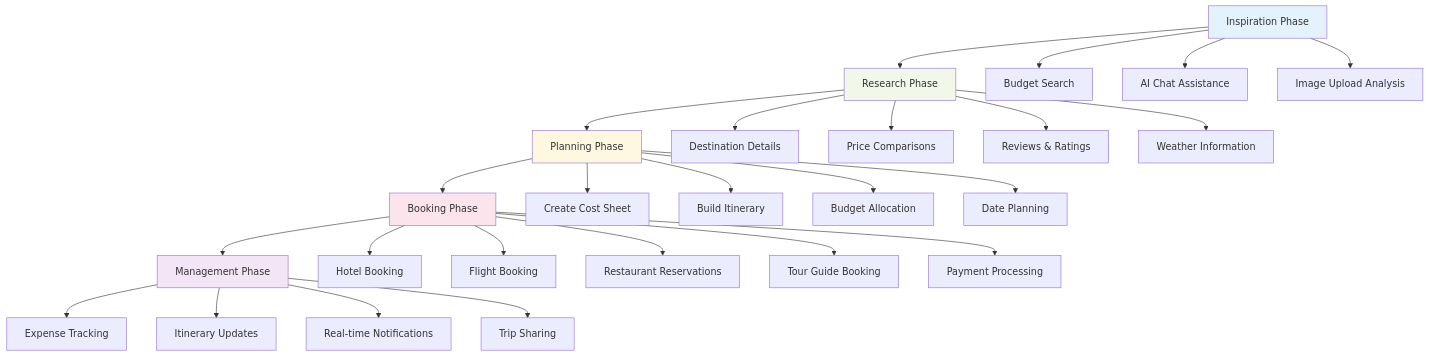
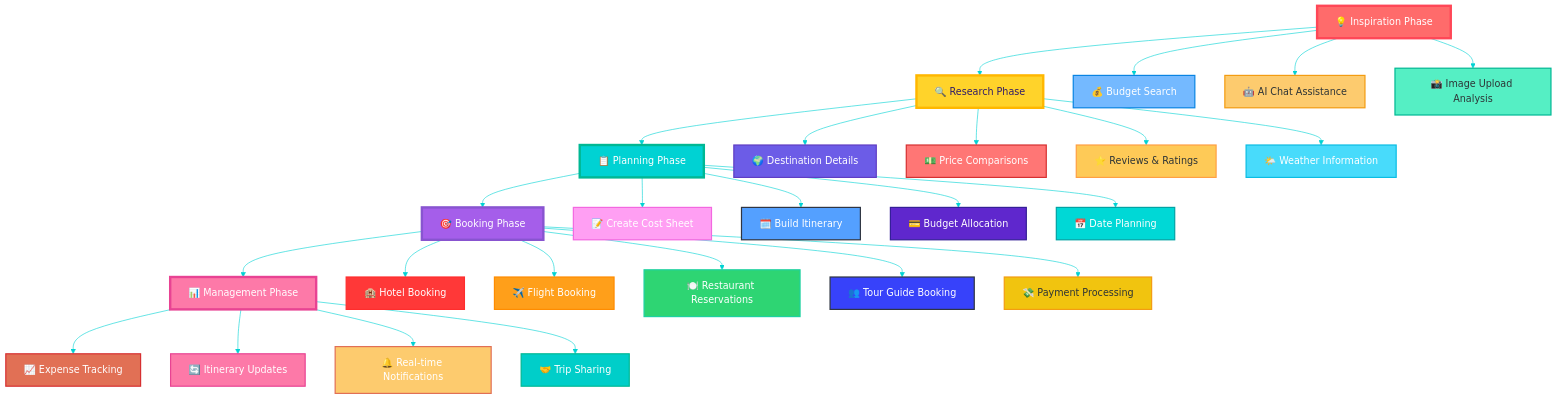
Before and after one commit to shihabsararrafid/budget-travel: the third of 15 diagrams in budget-travel/MERMAID_UI_UX_FLOWS.md, drawn with Mermaid. The commit also changed other lines of this file, not shown here.

````diff
--- a/budget-travel/MERMAID_UI_UX_FLOWS.md
+++ b/budget-travel/MERMAID_UI_UX_FLOWS.md
@@ -70,38 +98,64 @@
 ```mermaid
+%%{init: {'theme':'base', 'themeVariables': { 'primaryColor': '#a55eea', 'primaryTextColor': '#fff', 'primaryBorderColor': '#8854d0', 'lineColor': '#00d2d3', 'secondaryColor': '#fd79a8', 'tertiaryColor': '#74b9ff'}}}%%
 flowchart TD
-    A[Inspiration Phase] --> B[Research Phase]
-    B --> C[Planning Phase]
-    C --> D[Booking Phase]
-    D --> E[Management Phase]
+    A["💡 Inspiration Phase"] --> B["🔍 Research Phase"]
+    B --> C["📋 Planning Phase"]
+    C --> D["🎯 Booking Phase"]
+    D --> E["📊 Management Phase"]
     
-    A --> A1[Budget Search]
-    A --> A2[AI Chat Assistance]
-    A --> A3[Image Upload Analysis]
+    A --> A1["💰 Budget Search"]
+    A --> A2["🤖 AI Chat Assistance"]
+    A --> A3["📸 Image Upload Analysis"]
     
-    B --> B1[Destination Details]
-    B --> B2[Price Comparisons]
-    B --> B3[Reviews & Ratings]
-    B --> B4[Weather Information]
+    B --> B1["🌍 Destination Details"]
+    B --> B2["💵 Price Comparisons"]
+    B --> B3["⭐ Reviews & Ratings"]
+    B --> B4["🌤️ Weather Information"]
     
-    C --> C1[Create Cost Sheet]
-    C --> C2[Build Itinerary]
-    C --> C3[Budget Allocation]
-    C --> C4[Date Planning]
+    C --> C1["📝 Create Cost Sheet"]
+    C --> C2["🗓️ Build Itinerary"]
+    C --> C3["💳 Budget Allocation"]
+    C --> C4["📅 Date Planning"]
     
-    D --> D1[Hotel Booking]
-    D --> D2[Flight Booking]
-    D --> D3[Restaurant Reservations]
-    D --> D4[Tour Guide Booking]
-    D --> D5[Payment Processing]
+    D --> D1["🏨 Hotel Booking"]
+    D --> D2["✈️ Flight Booking"]
+    D --> D3["🍽️ Restaurant Reservations"]
+    D --> D4["👥 Tour Guide Booking"]
+    D --> D5["💸 Payment Processing"]
     
-    E --> E1[Expense Tracking]
-    E --> E2[Itinerary Updates]
-    E --> E3[Real-time Notifications]
-    E --> E4[Trip Sharing]
+    E --> E1["📈 Expense Tracking"]
+    E --> E2["🔄 Itinerary Updates"]
+    E --> E3["🔔 Real-time Notifications"]
+    E --> E4["🤝 Trip Sharing"]
     
-    style A fill:#e3f2fd
-    style B fill:#f1f8e9
-    style C fill:#fff8e1
-    style D fill:#fce4ec
-    style E fill:#f3e5f5
+    style A fill:#ff6b6b,stroke:#ff4757,stroke-width:4px,color:#fff
+    style B fill:#ffd32a,stroke:#ffb700,stroke-width:4px,color:#2f1b69
+    style C fill:#00d2d3,stroke:#00b894,stroke-width:4px,color:#fff
+    style D fill:#a55eea,stroke:#8854d0,stroke-width:4px,color:#fff
+    style E fill:#fd79a8,stroke:#e84393,stroke-width:4px,color:#fff
+    
+    style A1 fill:#74b9ff,stroke:#0984e3,stroke-width:2px,color:#fff
+    style A2 fill:#fdcb6e,stroke:#f39c12,stroke-width:2px,color:#2d3436
+    style A3 fill:#55efc4,stroke:#00b894,stroke-width:2px,color:#2d3436
+    
+    style B1 fill:#6c5ce7,stroke:#5f3dc4,stroke-width:2px,color:#fff
+    style B2 fill:#ff7675,stroke:#d63031,stroke-width:2px,color:#fff
+    style B3 fill:#feca57,stroke:#ff9f43,stroke-width:2px,color:#2d3436
+    style B4 fill:#48dbfb,stroke:#0abde3,stroke-width:2px,color:#fff
+    
+    style C1 fill:#ff9ff3,stroke:#f368e0,stroke-width:2px,color:#fff
+    style C2 fill:#54a0ff,stroke:#2f3542,stroke-width:2px,color:#fff
+    style C3 fill:#5f27cd,stroke:#341f97,stroke-width:2px,color:#fff
+    style C4 fill:#00d8d6,stroke:#01a3a4,stroke-width:2px,color:#fff
+    
+    style D1 fill:#ff3838,stroke:#ff2d2d,stroke-width:2px,color:#fff
+    style D2 fill:#ff9f1a,stroke:#ff8c00,stroke-width:2px,color:#fff
+    style D3 fill:#2ed573,stroke:#1dd1a1,stroke-width:2px,color:#fff
+    style D4 fill:#3742fa,stroke:#2f3542,stroke-width:2px,color:#fff
+    style D5 fill:#f1c40f,stroke:#f39c12,stroke-width:2px,color:#2d3436
+    
+    style E1 fill:#e17055,stroke:#d63031,stroke-width:2px,color:#fff
+    style E2 fill:#fd79a8,stroke:#e84393,stroke-width:2px,color:#fff
+    style E3 fill:#fdcb6e,stroke:#e17055,stroke-width:2px,color:#fff
+    style E4 fill:#00cec9,stroke:#00b894,stroke-width:2px,color:#fff
 ```
````
